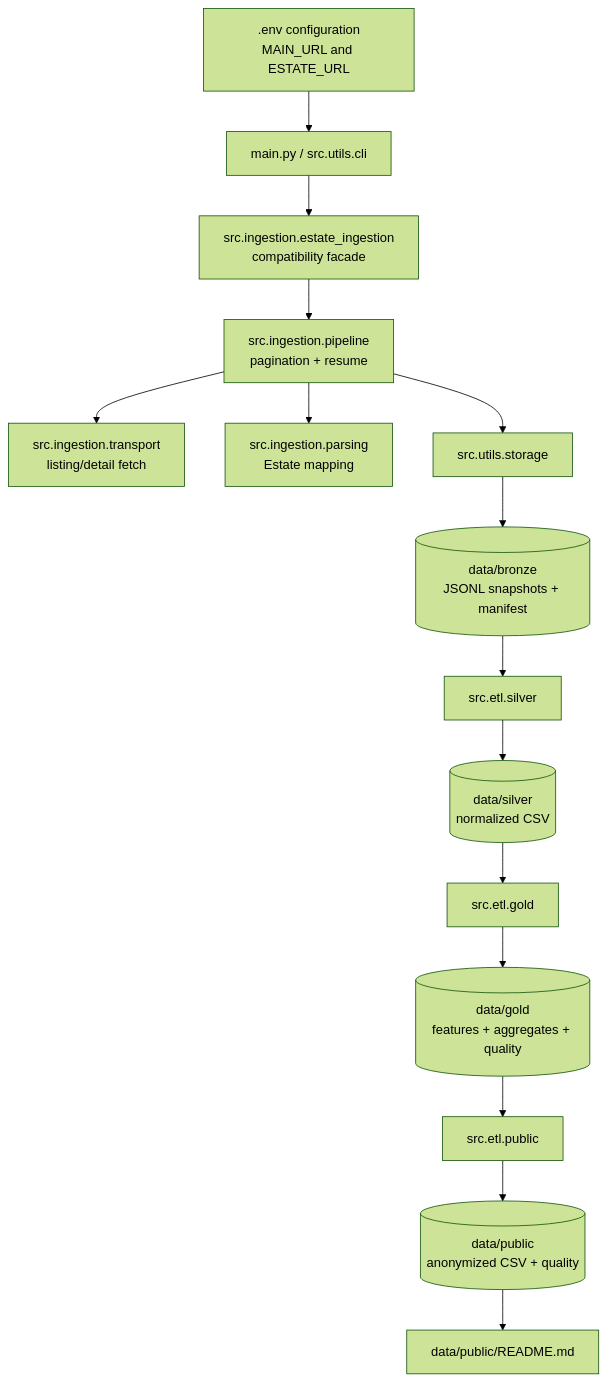
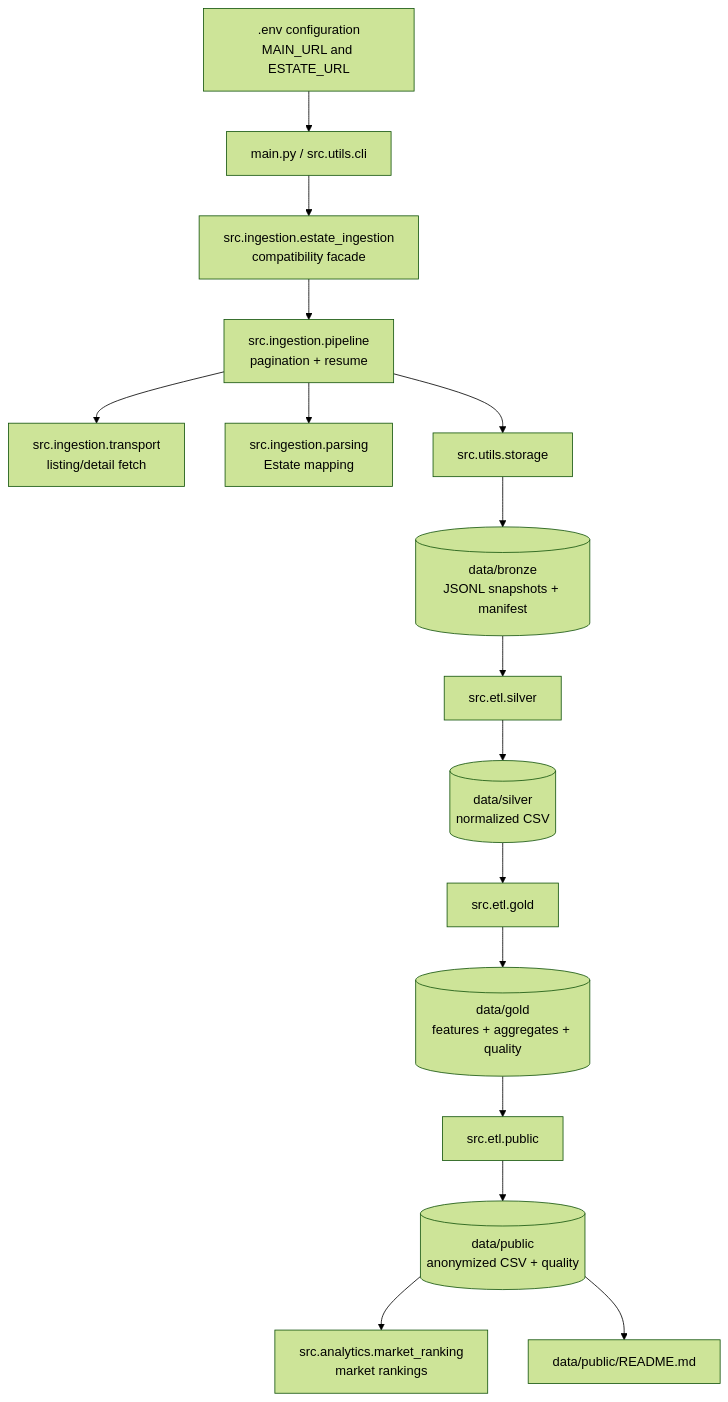
The diagram in docs/data-pipeline.md (bi3lu/polish-real-estate-price-aggregates), drawn with Mermaid (forest theme) before and after one commit. The commit also changed other lines of this file and 8 other files, not shown here.

Commit message:
Add Market Ranking CLI option

````diff
--- a/docs/data-pipeline.md
+++ b/docs/data-pipeline.md
@@ -3,33 +3,35 @@
 ```mermaid
 flowchart TD
     env[.env configuration<br/>MAIN_URL and ESTATE_URL]
     cli[main.py / src.utils.cli]
     ingestion[src.ingestion.estate_ingestion<br/>compatibility facade]
     ingestion_pipeline[src.ingestion.pipeline<br/>pagination + resume]
     ingestion_transport[src.ingestion.transport<br/>listing/detail fetch]
     ingestion_parsing[src.ingestion.parsing<br/>Estate mapping]
     bronze_storage[src.utils.storage]
     bronze[(data/bronze<br/>JSONL snapshots + manifest)]
     silver_etl[src.etl.silver]
     silver[(data/silver<br/>normalized CSV)]
     gold_etl[src.etl.gold]
     gold[(data/gold<br/>features + aggregates + quality)]
     public_etl[src.etl.public]
     public[(data/public<br/>anonymized CSV + quality)]
+    market_ranking[src.analytics.market_ranking<br/>market rankings]
     public_readme[data/public/README.md]
 
     env --> cli
     cli --> ingestion
     ingestion --> ingestion_pipeline
     ingestion_pipeline --> ingestion_transport
     ingestion_pipeline --> ingestion_parsing
     ingestion_pipeline --> bronze_storage
     bronze_storage --> bronze
     bronze --> silver_etl
     silver_etl --> silver
     silver --> gold_etl
     gold_etl --> gold
     gold --> public_etl
     public_etl --> public
+    public --> market_ranking
     public --> public_readme
 ```
````
